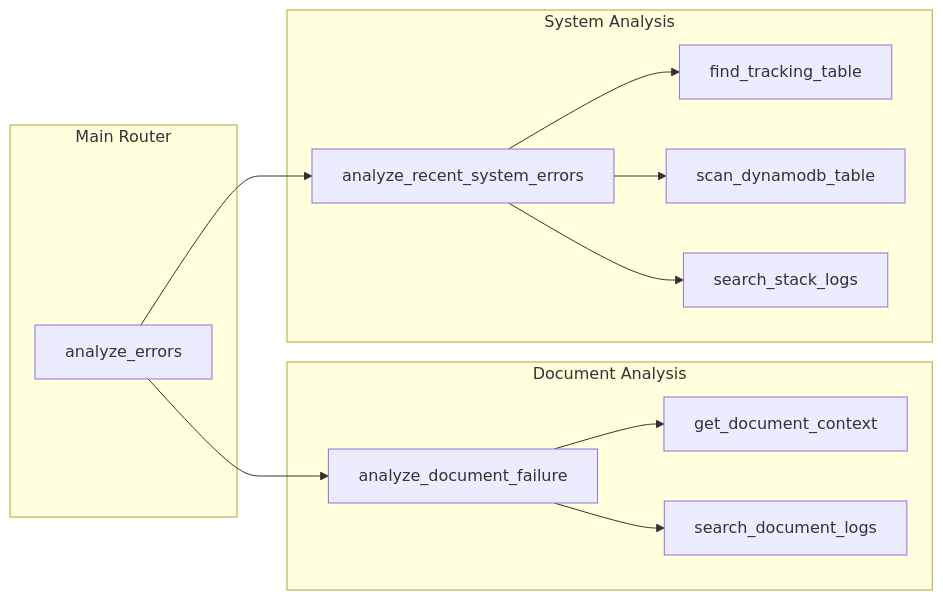
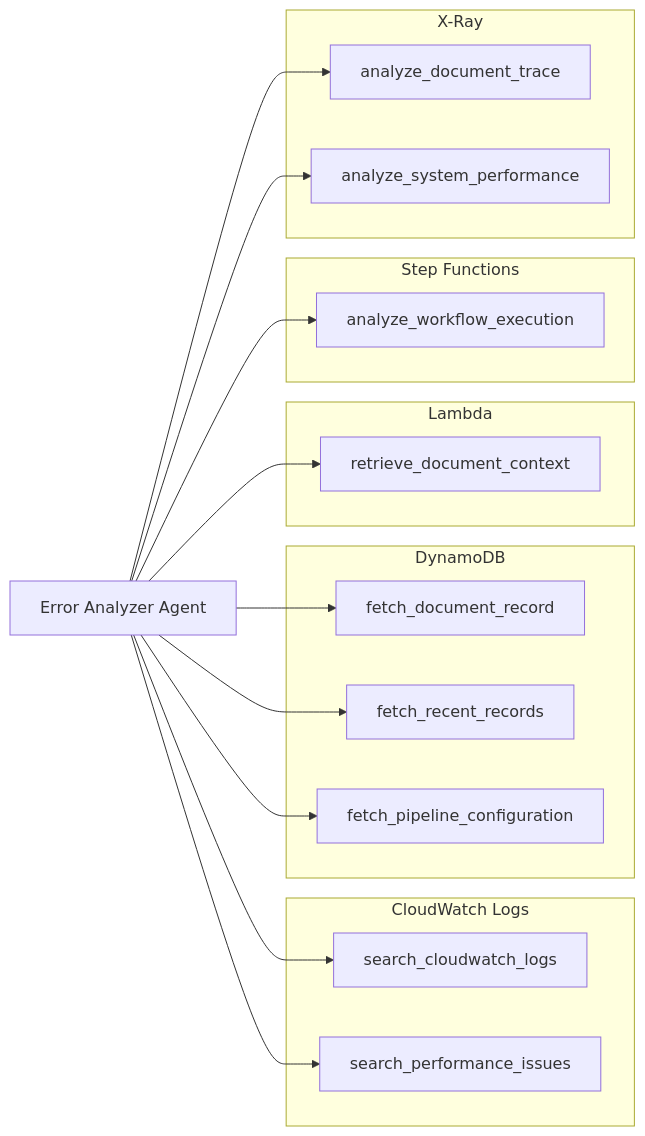
The second of 5 diagrams in docs/error-analyzer.md (aws-solutions-library-samples/accelerated-intelligent-document-processing-on-aws), drawn with Mermaid before and after one commit. The commit also changed other lines of this file and 72 other files, not shown here.

````diff
--- a/docs/error-analyzer.md
+++ b/docs/error-analyzer.md
@@ -74,27 +72,36 @@
 ```mermaid
 flowchart LR
-    subgraph "Main Router"
-        Router[analyze_errors]
+    subgraph "CloudWatch Logs"
+        CW1[search_cloudwatch_logs]
+        CW2[search_performance_issues]
     end
-    
-    subgraph "Document Analysis"
-        DocFail[analyze_document_failure]
-        GetCtx[get_document_context]
-        SearchDoc[search_document_logs]
+
+    subgraph "DynamoDB"
+        DB1[fetch_document_record]
+        DB2[fetch_recent_records]
+        DB3[fetch_pipeline_configuration]
     end
-    
-    subgraph "System Analysis"
-        SysErr[analyze_recent_system_errors]
-        FindTbl[find_tracking_table]
-        ScanTbl[scan_dynamodb_table]
-        SearchStk[search_stack_logs]
+
+    subgraph "Lambda"
+        LA1[retrieve_document_context]
     end
-    
-    Router --> DocFail
-    Router --> SysErr
-    DocFail --> GetCtx
-    DocFail --> SearchDoc
-    SysErr --> FindTbl
-    SysErr --> ScanTbl
-    SysErr --> SearchStk
+
+    subgraph "Step Functions"
+        SF1[analyze_workflow_execution]
+    end
+
+    subgraph "X-Ray"
+        XR1[analyze_document_trace]
+        XR2[analyze_system_performance]
+    end
+
+    Agent[Error Analyzer Agent] --> CW1
+    Agent --> CW2
+    Agent --> DB1
+    Agent --> DB2
+    Agent --> DB3
+    Agent --> LA1
+    Agent --> SF1
+    Agent --> XR1
+    Agent --> XR2
 ```
````
